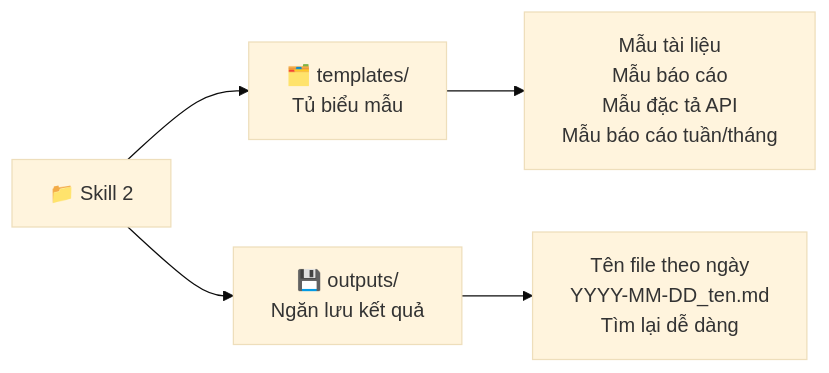
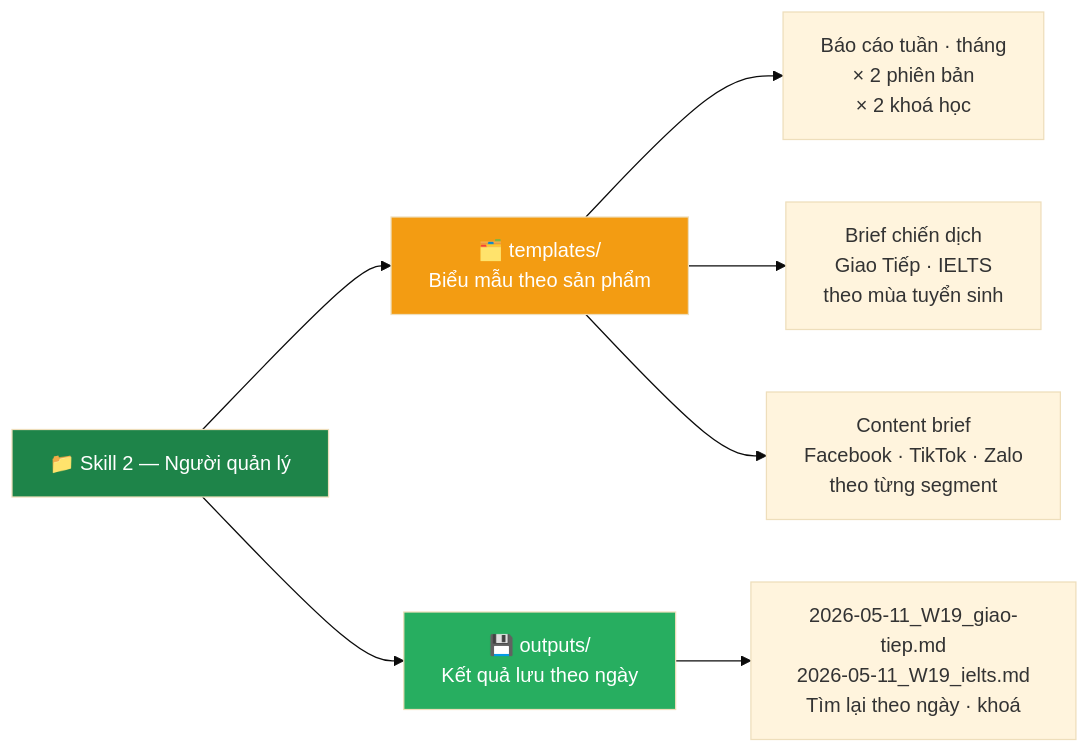
One commit to bochidung642-blip/1-kh-ng-gian-l-m-vi-c-c-nh-n-v-i-c-c-skills changed the fourth of 7 diagrams in README.md. Above: the diagram before and after it, drawn with Mermaid (base theme). The commit also changed other lines of this file, not shown here.

````diff
--- a/README.md
+++ b/README.md
@@ -72,10 +95,17 @@
 ```mermaid
 flowchart LR
-    S2["📁 Skill 2"]
+    S2["📁 Skill 2 — Người quản lý"]
 
-    S2 --> T["🗂️ templates/\nTủ biểu mẫu"]
-    S2 --> O["💾 outputs/\nNgăn lưu kết quả"]
+    S2 --> T["🗂️ templates/\nBiểu mẫu theo sản phẩm"]
+    S2 --> O["💾 outputs/\nKết quả lưu theo ngày"]
 
-    T --> T1["Mẫu tài liệu\nMẫu báo cáo\nMẫu đặc tả API\nMẫu báo cáo tuần/tháng"]
-    O --> O1["Tên file theo ngày\nYYYY-MM-DD_ten.md\nTìm lại dễ dàng"]
+    T --> T1["Báo cáo tuần · tháng\n× 2 phiên bản\n× 2 khoá học"]
+    T --> T2["Brief chiến dịch\nGiao Tiếp · IELTS\ntheo mùa tuyển sinh"]
+    T --> T3["Content brief\nFacebook · TikTok · Zalo\ntheo từng segment"]
+
+    O --> O1["2026-05-11_W19_giao-tiep.md\n2026-05-11_W19_ielts.md\nTìm lại theo ngày · khoá"]
+
+    style S2 fill:#1E8449,color:#fff
+    style T fill:#F39C12,color:#fff
+    style O fill:#27AE60,color:#fff
 ```
````
